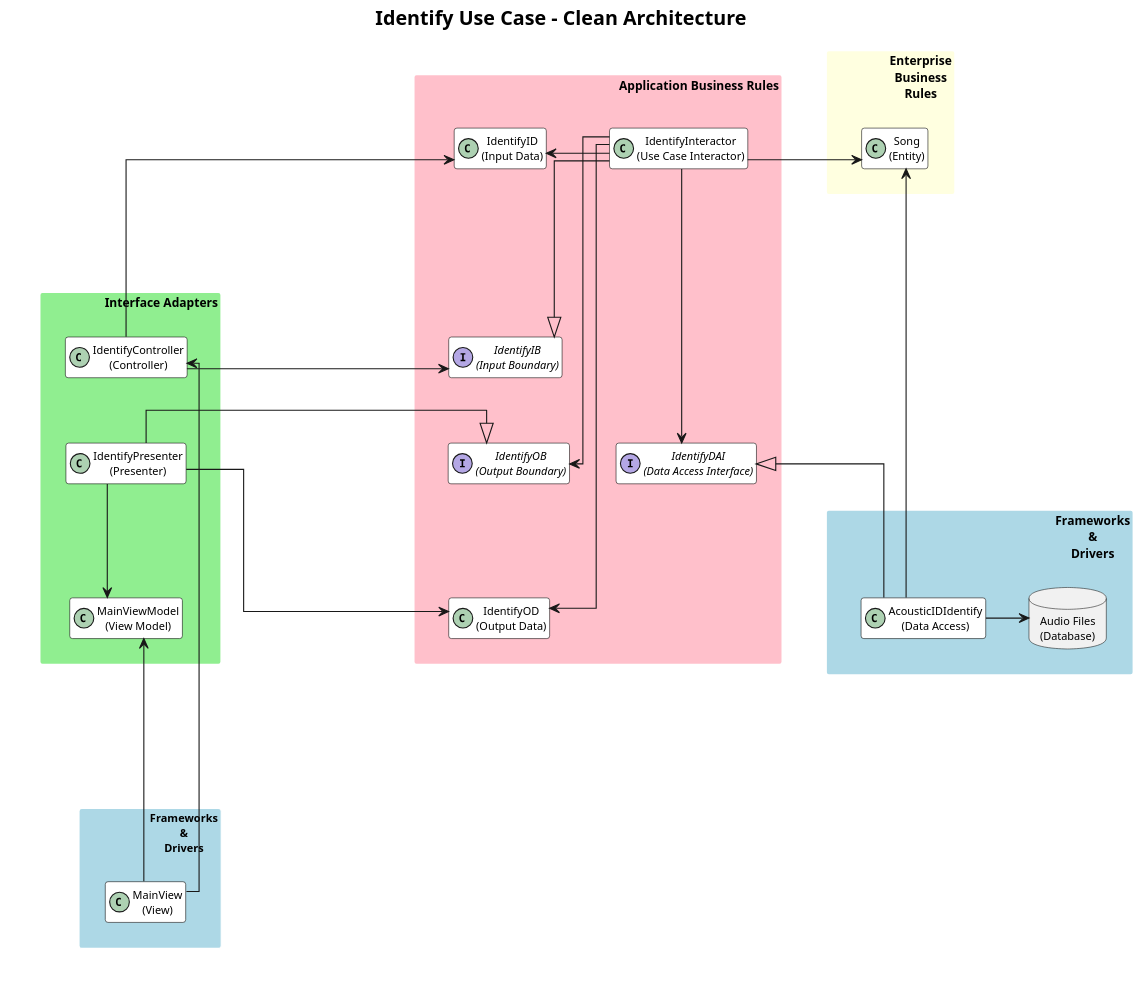
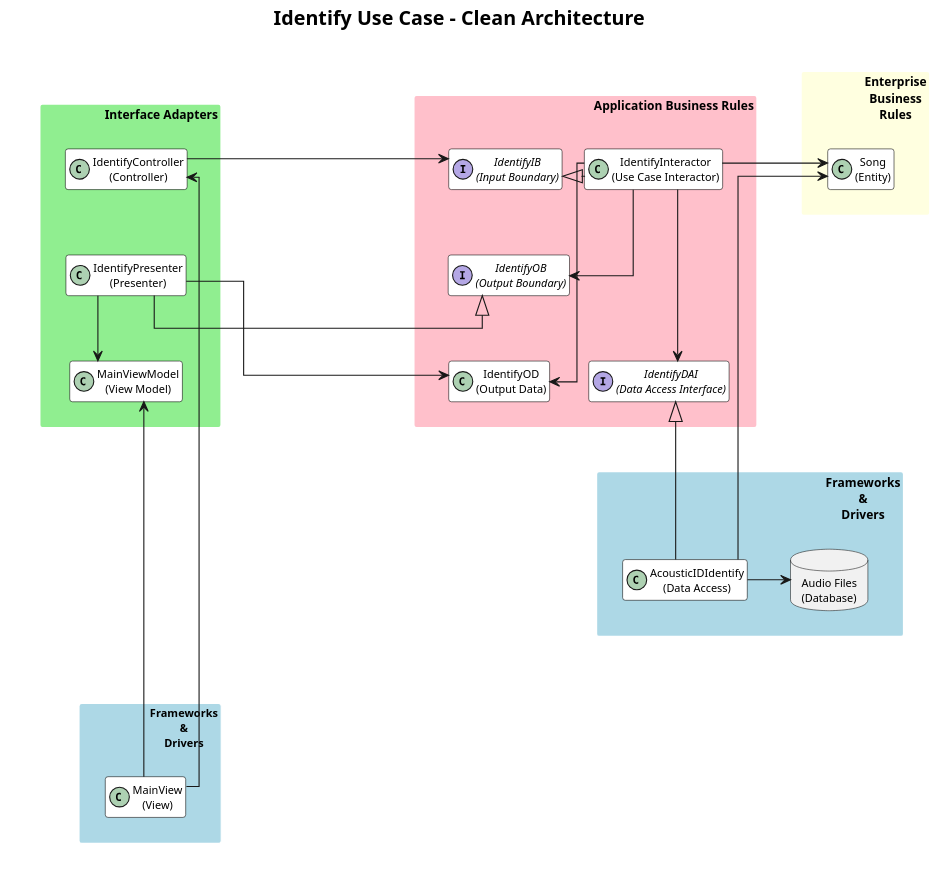
The diagram in images/identify-ca.puml (hydecnc/soundscope), drawn with PlantUML before and after one commit. The commit also changed 1 other file, not shown here.

Commit message:
fix: corrected identify ca diagram

```diff
--- a/images/identify-ca.puml
+++ b/images/identify-ca.puml
@@ -1,122 +1,118 @@
 @startuml
 skinparam nodesep 20
 
 skinparam dpi 250
 
 skinparam titleFontSize 18
 skinparam defaultFontSize 10
 skinparam classFontSize 10
 skinparam packageFontSize 11
 title Identify Use Case - Clean Architecture
 
 
 allowmixing
 
 skinparam linetype ortho
 
 skinparam packageStyle rectangle
 
 skinparam package {
   BackgroundColor #ADD8E6
   FontColor black
   BorderColor white
   TitleAlignment right
 }
 
 skinparam class {
   BackgroundColor white
   FontColor black
   BorderColor black
 }
 
 package "Frameworks\n&\nDrivers" as FD #lightblue {
   database "Audio Files\n(Database)" as Database
   class "AcousticIDIdentify\n(Data Access)" as DataAccess
 }
 
 package "Enterprise\nBusiness\nRules" as EBR #lightyellow {
   class "Song\n(Entity)" as Entity
 }
 
 package "Application Business Rules" as ABR #pink {
 
   together {
   class "IdentifyInteractor\n(Use Case Interactor)" as Interactor
 
   interface "IdentifyIB\n(Input Boundary)" as InputBoundary
   }
-  class "IdentifyID\n(Input Data)" as InputData
 
   interface "IdentifyOB\n(Output Boundary)" as OutputBoundary
   class "IdentifyOD\n(Output Data)" as OutputData
   interface "IdentifyDAI\n(Data Access Interface)" as DataAccessInterface
 }
 
 together{
 package " " as foo #white {
 package "Interface Adapters" #lightgreen {
   class "IdentifyController\n(Controller)" as Controller
   class "IdentifyPresenter\n(Presenter)" as Presenter
   class "MainViewModel\n(View Model)" as ViewModel
 }
 
 package "Frameworks\n&\nDrivers" as "FD2" #lightblue {
   class "MainView\n(View)" as View
 }
 }
 
 second -[hidden]up-> Controller
 second -[hidden]down-> Presenter
 
-Interactor -[norank]-> InputData
 
 DataAccess -up--> Entity
 Interactor -right-> Entity
 'STEP 5 Use Case Interactor to Entities
 Presenter -down-> ViewModel
 'STEP 7 Presenter to View Model
 View -up-> ViewModel
 DataAccess -[norank]--> Database
 'STEP 4 Data Access to Database
 DataAccess -up-|> DataAccessInterface
 View -up-----> Controller
 'STEP 1 View to Controller
 
 EBR -[hidden]down- FD
 "Interface Adapters" -[hidden]down- FD
 EBR -[hidden]down--- FD
 "Interface Adapters" -[hidden]right- ABR
 
 Controller -[hidden]down-> Presenter
 Presenter -[hidden]down-> ViewModel
 
-InputData -[hidden]down- InputBoundary
 InputBoundary -[hidden]down- OutputBoundary
 OutputBoundary -[hidden]down- OutputData
 
 Presenter -left|> OutputBoundary
 Presenter -left-> OutputData
-Controller -left-> InputData
 Controller -left-> InputBoundary
 ' STEP 2 Controller to Input Boundary
 
 Interactor -[norank]-> OutputBoundary
 ' STEP 6 Use Case Interactor to Output Boundary
 Interactor -[norank]-> OutputData
 Interactor -down--> DataAccessInterface
 ' STEP 3 Use Case Interactor to Data Access Interface
 
 Interactor -[norank]-|> InputBoundary
 
 FD2 -[hidden]up-> OutputData
 
 FD2 -[hidden]up-> OutputData
 
 FD -[hidden]right---------> FD2
 
 hide empty members
 
 hide hideme
 hide second
 
 @enduml
```
